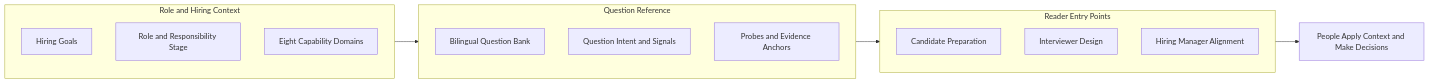
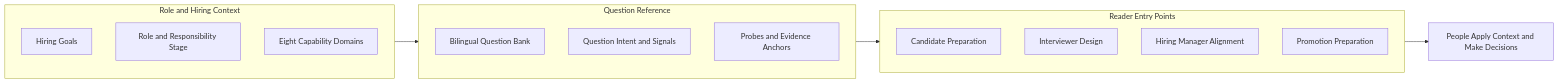
One commit to Liyuk/liyuk.github.io changed the second of 2 diagrams in src/content/projects/2026/10/interview-compass/en.md. Above: the diagram before and after it, drawn with Mermaid. The commit also changed other lines of this file and 1 other file, not shown here.

Commit message:
content: align Compass article with interview and promotion branding

````diff
--- a/src/content/projects/2026/10/interview-compass/en.md
+++ b/src/content/projects/2026/10/interview-compass/en.md
@@ -131,24 +135,25 @@
 ```mermaid
 flowchart LR
     subgraph Inputs[Role and Hiring Context]
         direction TB
         I1[Hiring Goals]
         I2[Role and Responsibility Stage]
         I3[Eight Capability Domains]
     end
     subgraph Library[Question Reference]
         direction TB
         Q1[Bilingual Question Bank]
         Q2[Question Intent and Signals]
         Q3[Probes and Evidence Anchors]
     end
     subgraph Entry[Reader Entry Points]
         direction TB
         E1[Candidate Preparation]
         E2[Interviewer Design]
         E3[Hiring Manager Alignment]
+        E4[Promotion Preparation]
     end
     Inputs --> Library
     Library --> Entry
     Entry --> O[People Apply Context and Make Decisions]
 ```
````
